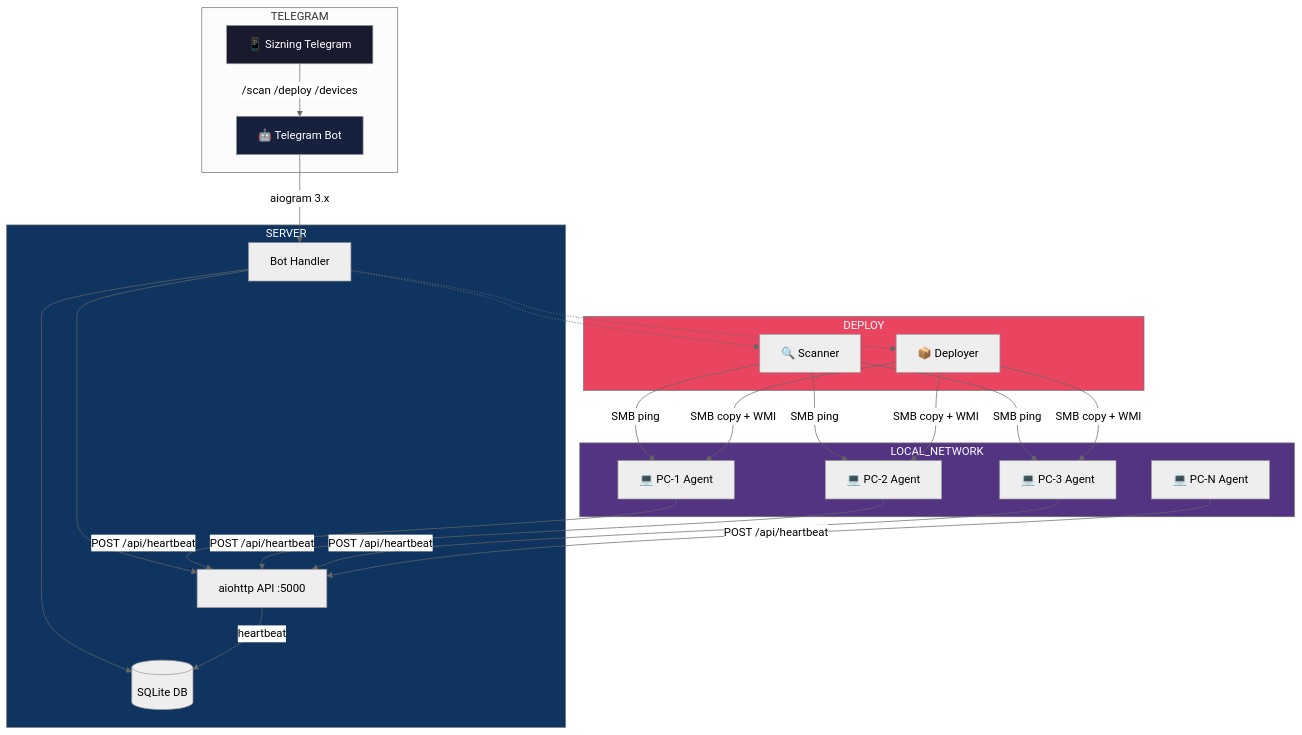
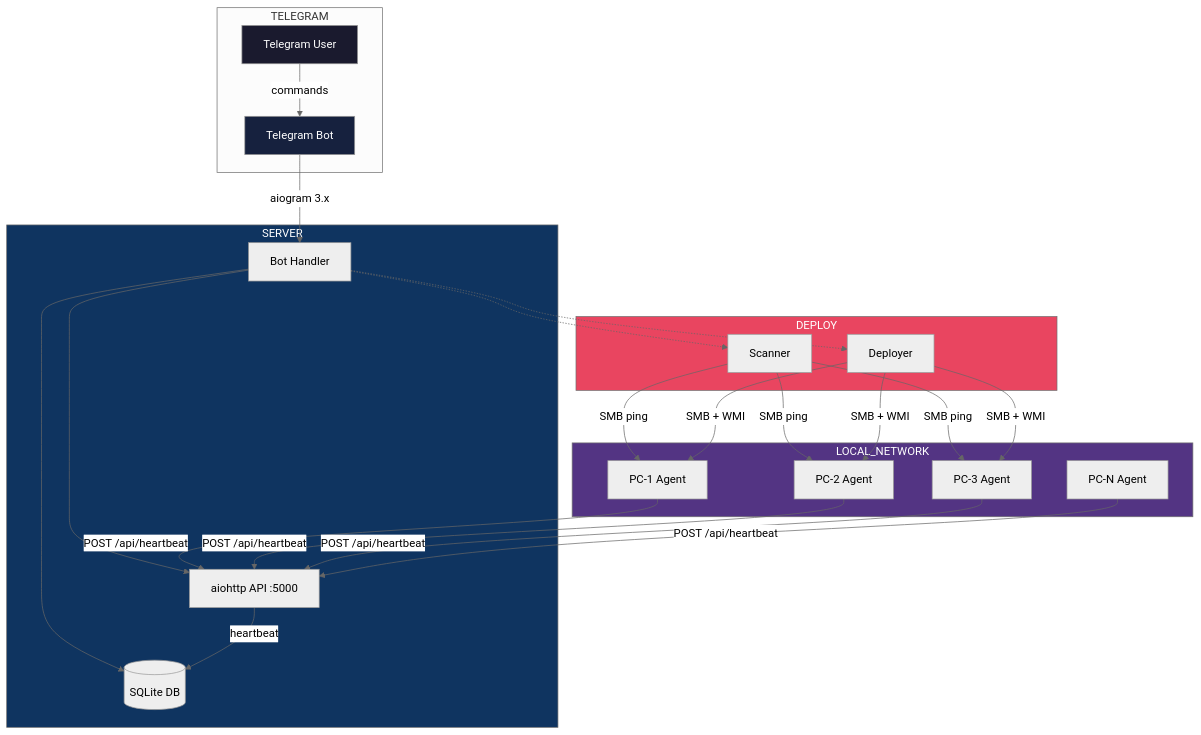
One commit to SardorCyberSafe/device-monitor-system changed the first of 6 diagrams in README.md. Above: the diagram before and after it, drawn with Mermaid (neutral theme). The commit also changed other lines of this file and 6 other files, not shown here.

````diff
--- a/README.md
+++ b/README.md
@@ -10,38 +10,38 @@
 ```mermaid
 graph TB
     subgraph TELEGRAM
-        A[📱 Sizning Telegram] -->|/scan /deploy /devices| B[🤖 Telegram Bot]
+        A[Telegram User] -->|commands| B[Telegram Bot]
     end
 
     subgraph SERVER
         B -->|aiogram 3.x| C[Bot Handler]
         C --> D[(SQLite DB)]
         C --> E[aiohttp API :5000]
         E -->|heartbeat| D
     end
 
     subgraph LOCAL_NETWORK
-        F[💻 PC-1 Agent] -->|POST /api/heartbeat| E
-        G[💻 PC-2 Agent] -->|POST /api/heartbeat| E
-        H[💻 PC-3 Agent] -->|POST /api/heartbeat| E
-        I[💻 PC-N Agent] -->|POST /api/heartbeat| E
+        F[PC-1 Agent] -->|POST /api/heartbeat| E
+        G[PC-2 Agent] -->|POST /api/heartbeat| E
+        H[PC-3 Agent] -->|POST /api/heartbeat| E
+        I[PC-N Agent] -->|POST /api/heartbeat| E
     end
 
     subgraph DEPLOY
-        J[🔍 Scanner] -->|SMB ping| F
+        J[Scanner] -->|SMB ping| F
         J -->|SMB ping| G
         J -->|SMB ping| H
-        K[📦 Deployer] -->|SMB copy + WMI| F
-        K -->|SMB copy + WMI| G
-        K -->|SMB copy + WMI| H
+        K[Deployer] -->|SMB + WMI| F
+        K -->|SMB + WMI| G
+        K -->|SMB + WMI| H
     end
 
     C -.-> J
     C -.-> K
 
     style A fill:#1a1a2e,color:#fff
     style B fill:#16213e,color:#fff
     style SERVER fill:#0f3460,color:#fff
     style LOCAL_NETWORK fill:#533483,color:#fff
     style DEPLOY fill:#e94560,color:#fff
 ```
````
